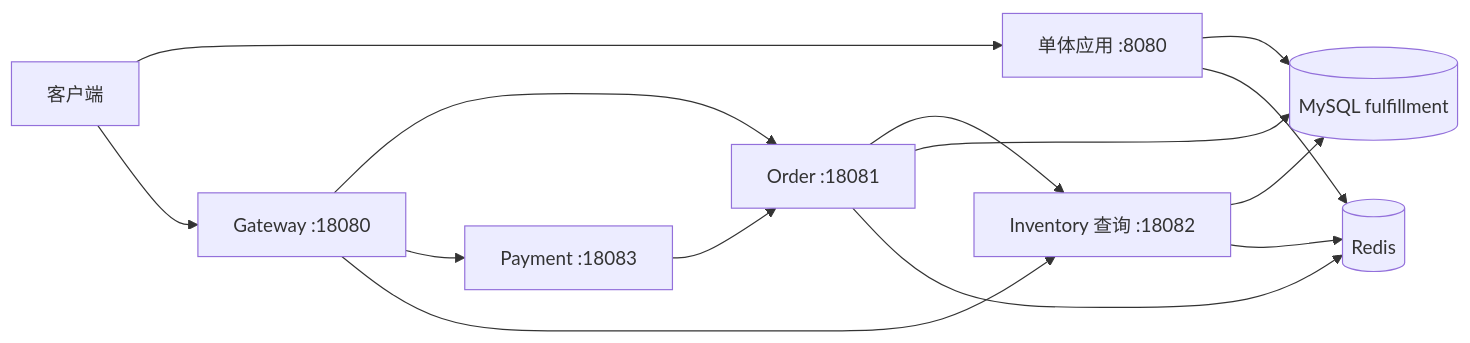
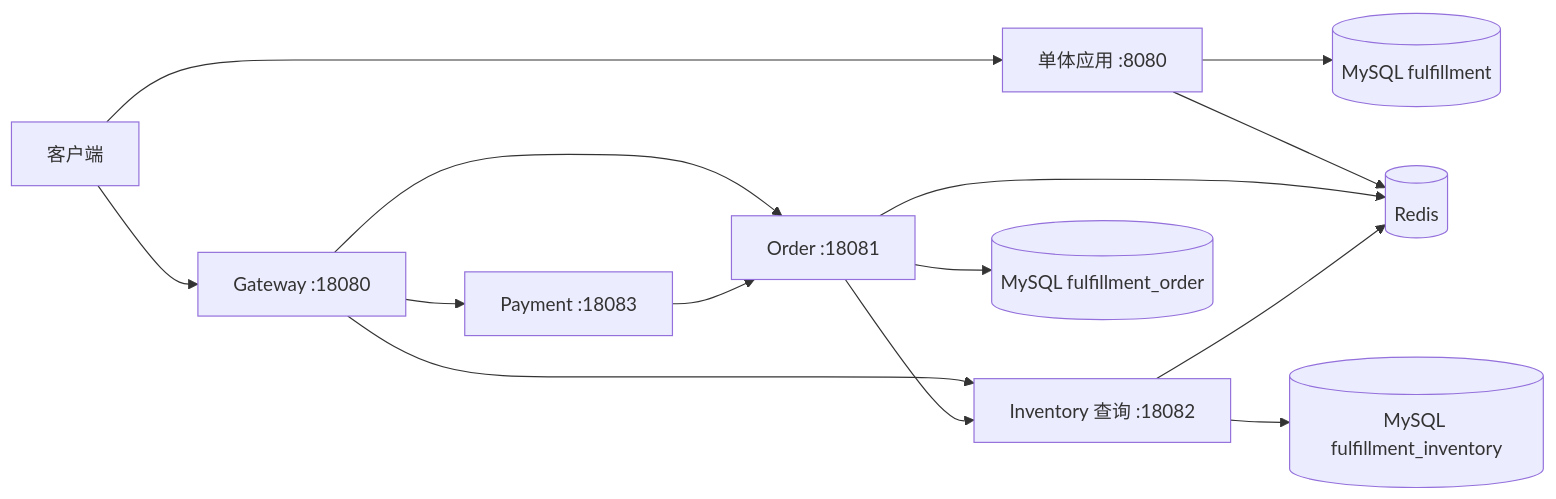
Before and after one commit to whynot0206/fulfillment-service: the diagram in docs/project-function-boundary.md, drawn with Mermaid. The commit also changed other lines of this file and 27 other files, not shown here.

Commit message:
feat: isolate order and inventory data ownership

````diff
--- a/docs/project-function-boundary.md
+++ b/docs/project-function-boundary.md
@@ -8,17 +8,17 @@
 ```mermaid
 flowchart LR
     C[客户端] --> M[单体应用 :8080]
     M --> DB[(MySQL fulfillment)]
     M --> R[(Redis)]
 
     C --> G[Gateway :18080]
     G --> O[Order :18081]
     G --> P[Payment :18083]
     G --> I[Inventory 查询 :18082]
     P --> O
     O --> I
-    O --> DB
-    I --> DB
+    O --> ODB[(MySQL fulfillment_order)]
+    I --> IDB[(MySQL fulfillment_inventory)]
     O --> R[(Redis)]
     I --> R
 ```
````
